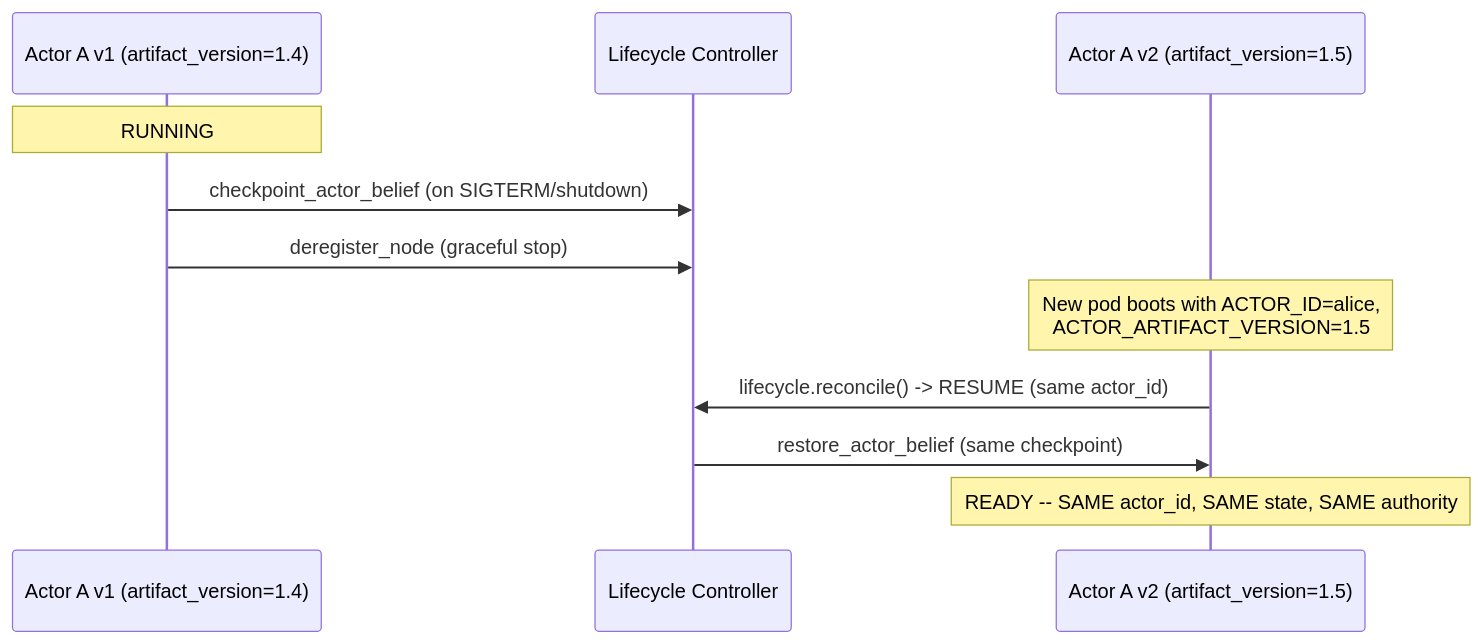
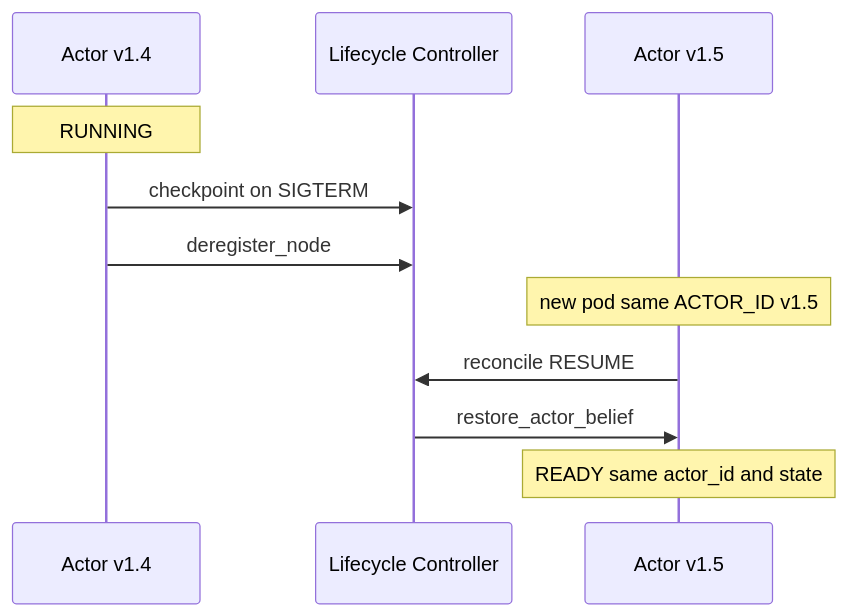
One commit to monkeypatched-stack/cogitive-os changed the fifth of 5 diagrams in docs/ACTOR_ARTIFACT.md. Above: the diagram before and after it, drawn with Mermaid. The commit also changed other lines of this file and 6 other files, not shown here.

Commit message:
adding diagrams

````diff
--- a/docs/ACTOR_ARTIFACT.md
+++ b/docs/ACTOR_ARTIFACT.md
@@ -242,14 +241,14 @@
 ```mermaid
 sequenceDiagram
-    participant V1 as Actor A v1 (artifact_version=1.4)
+    participant V1 as Actor v1.4
     participant Ctrl as Lifecycle Controller
-    participant V2 as Actor A v2 (artifact_version=1.5)
+    participant V2 as Actor v1.5
 
     Note over V1: RUNNING
-    V1->>Ctrl: checkpoint_actor_belief (on SIGTERM/shutdown)
-    V1->>Ctrl: deregister_node (graceful stop)
-    Note over V2: New pod boots with ACTOR_ID=alice,<br/>ACTOR_ARTIFACT_VERSION=1.5
-    V2->>Ctrl: lifecycle.reconcile() -> RESUME (same actor_id)
-    Ctrl->>V2: restore_actor_belief (same checkpoint)
-    Note over V2: READY -- SAME actor_id, SAME state, SAME authority
+    V1->>Ctrl: checkpoint on SIGTERM
+    V1->>Ctrl: deregister_node
+    Note over V2: new pod same ACTOR_ID v1.5
+    V2->>Ctrl: reconcile RESUME
+    Ctrl->>V2: restore_actor_belief
+    Note over V2: READY same actor_id and state
 ```
````
